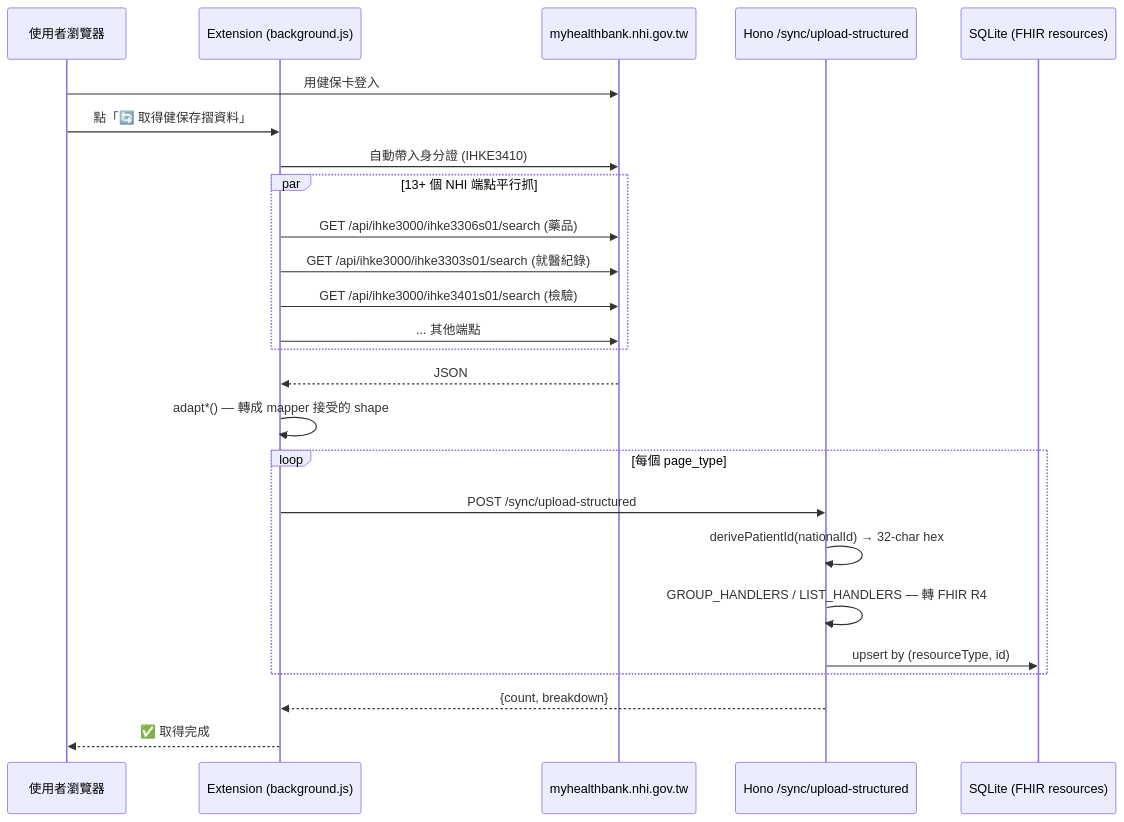
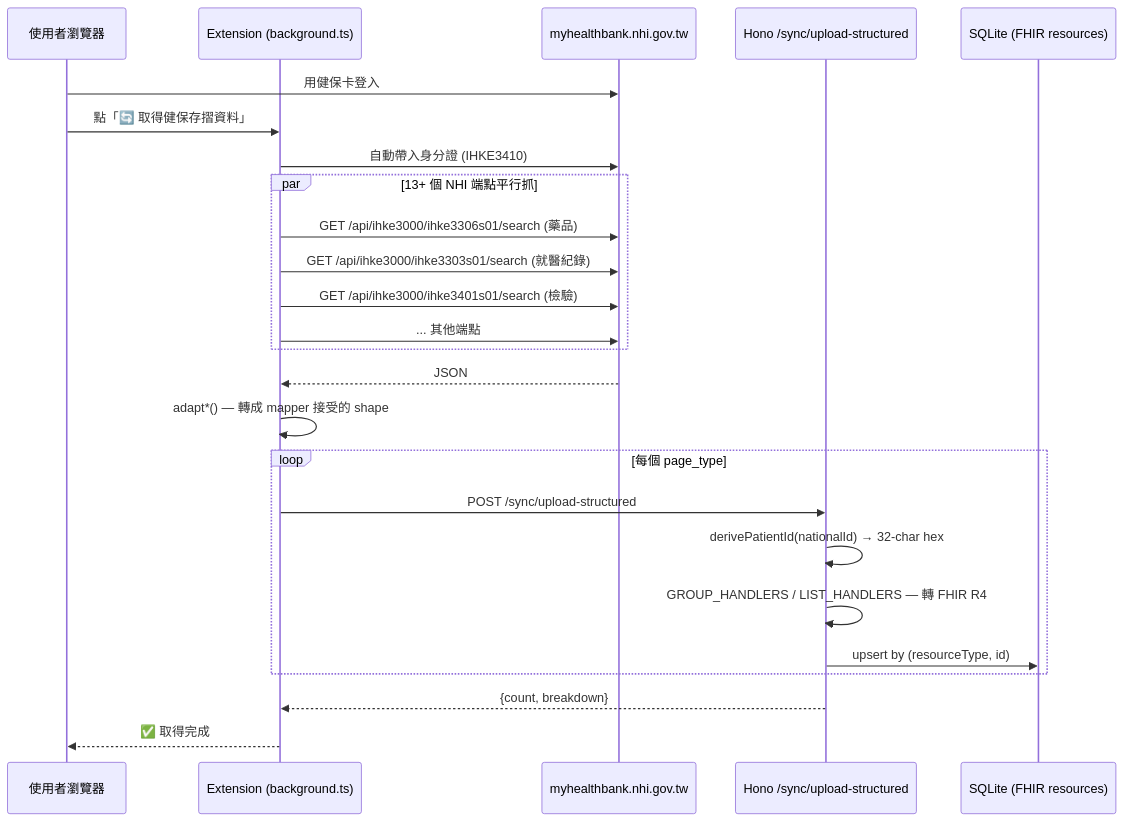
One commit to voho0000/NHI-FHIR-BRIDGE changed the second of 2 diagrams in docs/ARCHITECTURE.md. Above: the diagram before and after it, drawn with Mermaid. The commit also changed other lines of this file and 3 other files, not shown here.

First line of the commit message:
docs: refresh stale developer docs (CONTRIBUTING / ARCHITECTURE / .env.example)

````diff
--- a/docs/ARCHITECTURE.md
+++ b/docs/ARCHITECTURE.md
@@ -77,28 +80,28 @@
 ```mermaid
 sequenceDiagram
   participant User as 使用者瀏覽器
-  participant Ext as Extension (background.js)
+  participant Ext as Extension (background.ts)
   participant NHI as myhealthbank.nhi.gov.tw
   participant API as Hono /sync/upload-structured
   participant DB as SQLite (FHIR resources)
 
   User->>NHI: 用健保卡登入
   User->>Ext: 點「🔄 取得健保存摺資料」
   Ext->>NHI: 自動帶入身分證 (IHKE3410)
   par 13+ 個 NHI 端點平行抓
     Ext->>NHI: GET /api/ihke3000/ihke3306s01/search (藥品)
     Ext->>NHI: GET /api/ihke3000/ihke3303s01/search (就醫紀錄)
     Ext->>NHI: GET /api/ihke3000/ihke3401s01/search (檢驗)
     Ext->>NHI: ... 其他端點
   end
   NHI-->>Ext: JSON
   Ext->>Ext: adapt*() — 轉成 mapper 接受的 shape
   loop 每個 page_type
     Ext->>API: POST /sync/upload-structured
     API->>API: derivePatientId(nationalId) → 32-char hex
     API->>API: GROUP_HANDLERS / LIST_HANDLERS — 轉 FHIR R4
     API->>DB: upsert by (resourceType, id)
   end
   API-->>Ext: {count, breakdown}
   Ext-->>User: ✅ 取得完成
 ```
````
